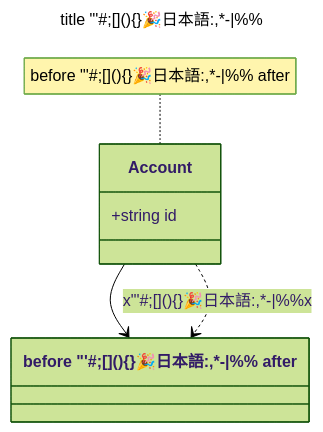
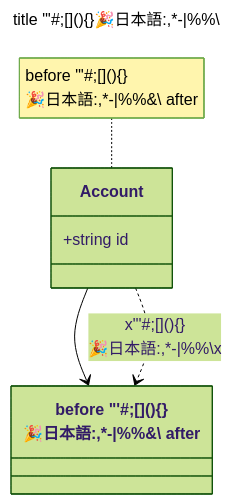
The diagram in doc/edgecase/class.md (nao1215/markdown), drawn with Mermaid (forest theme) before and after one commit. The commit also changed 18 other files, not shown here.

First line of the commit message:
test(edgecase): put every character through every diagram type (#172)

````diff
--- a/doc/edgecase/class.md
+++ b/doc/edgecase/class.md
@@ -5,13 +5,13 @@
 ```mermaid
 ---
-title: "title \"'#;[](){}🎉日本語:,*-|%%"
+title: "title \"'#;[](){}🎉日本語:,*-|%%\\"
 ---
 classDiagram
     class Account {
         +string id
     }
-    class Ledger["before &quot;'#;[](){}🎉日本語:,*-|%% after"]
+    class Ledger["before &quot;'#;[](){}<br/>🎉日本語:,*-|%%&#92; after"]
     Account --> Ledger
-    Account ..> Ledger : x"'##59;[](){}🎉日本語#58;,*-|%%x
-    note for Account "before &quot;'#;[](){}🎉日本語:,*-|%% after"
+    Account ..> Ledger : x"'##59;[](){}<br/>🎉日本語#58;,*-|%%\x
+    note for Account "before &quot;'#;[](){}<br/>🎉日本語:,*-|%%&#92; after"
 ```
````
